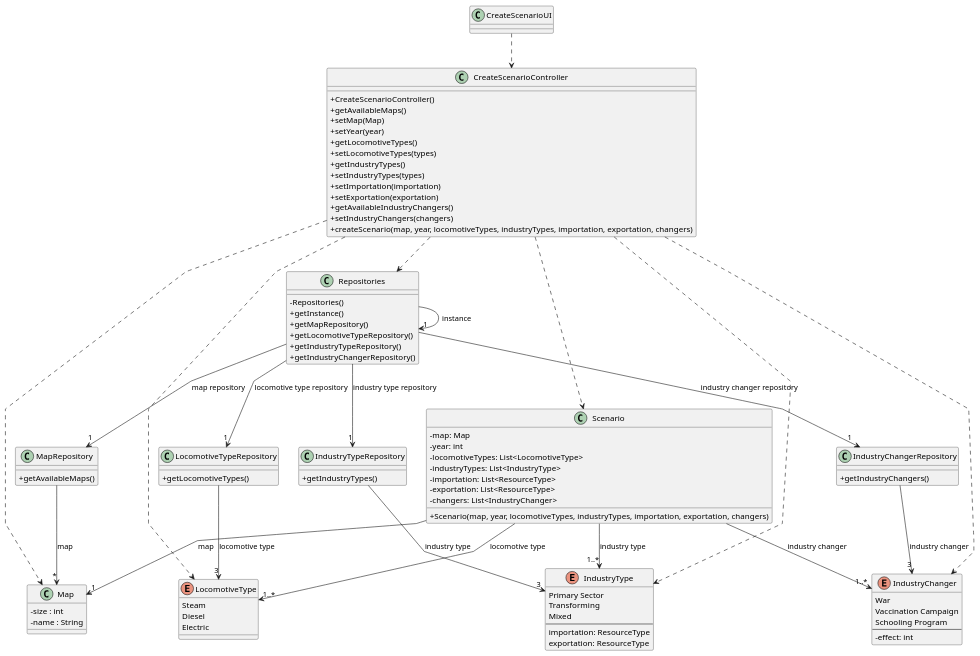
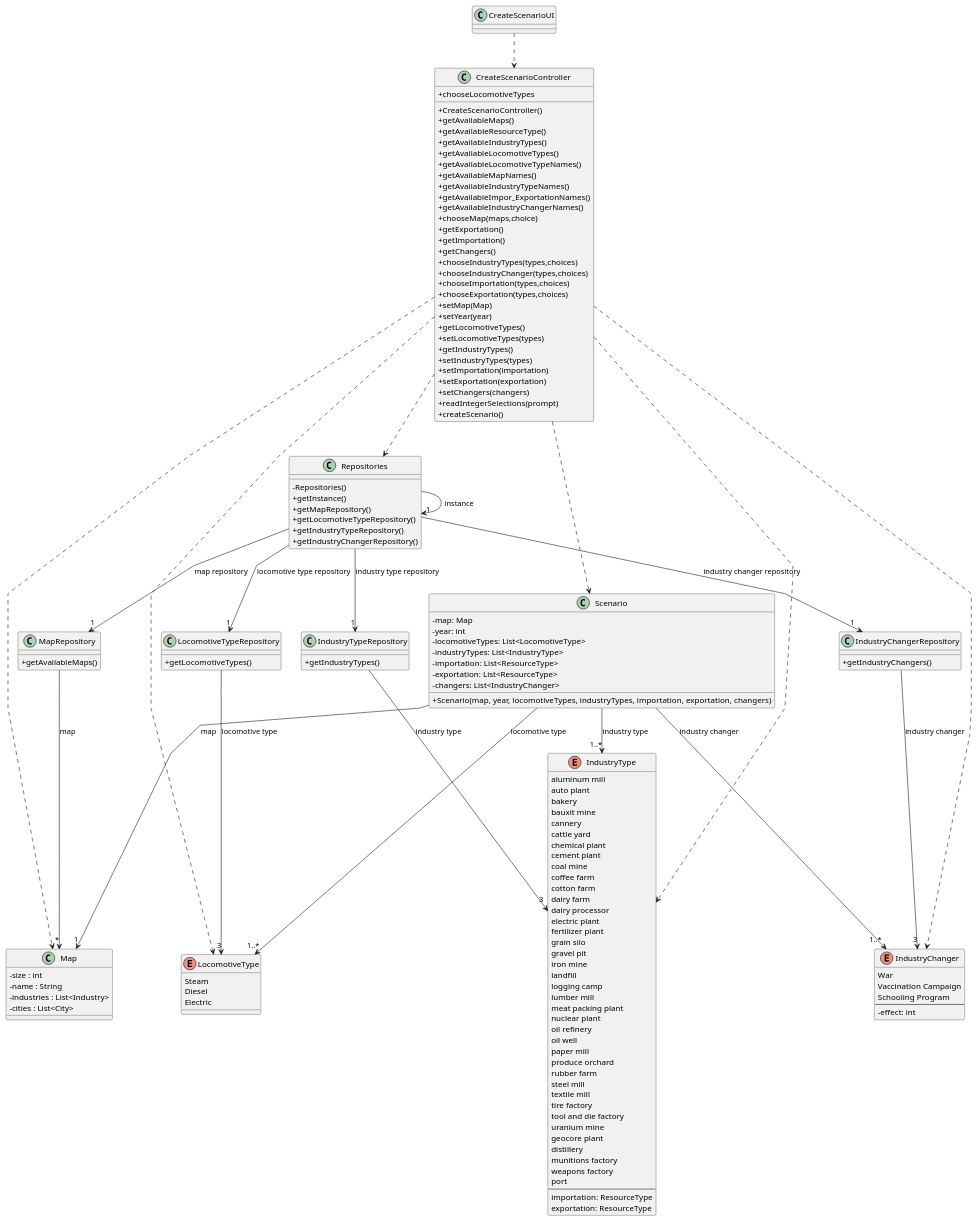
Before and after one commit to 1240935/pi2-railway-simulator: the diagram in Sprint2/US004/03.design/puml/US004-CD.puml, drawn with PlantUML. The commit also changed 14 other files, not shown here.

```diff
--- a/Sprint2/US004/03.design/puml/US004-CD.puml
+++ b/Sprint2/US004/03.design/puml/US004-CD.puml
@@ -1,124 +1,178 @@
     @startuml
     'skinparam monochrome true
     skinparam packageStyle rectangle
     skinparam shadowing false
     skinparam linetype polyline
     'skinparam linetype orto
 
     skinparam classAttributeIconSize 0
 
     'left to right direction
 
     class CreateScenarioUI{
     }
 
     class CreateScenarioController {
         +CreateScenarioController()
         +getAvailableMaps()
+        +getAvailableResourceType()
+        +getAvailableIndustryTypes()
+        +getAvailableLocomotiveTypes()
+        +getAvailableLocomotiveTypeNames()
+        +getAvailableMapNames()
+        +getAvailableIndustryTypeNames()
+        +getAvailableImpor_ExportationNames()
+        +getAvailableIndustryChangerNames()
+        +chooseMap(maps,choice)
+        +chooseLocomotiveTypes
+        +getExportation()
+        +getImportation()
+        +getChangers()
+        +chooseIndustryTypes(types,choices)
+        +chooseIndustryChanger(types,choices)
+        +chooseImportation(types,choices)
+        +chooseExportation(types,choices)
         +setMap(Map)
         +setYear(year)
         +getLocomotiveTypes()
         +setLocomotiveTypes(types)
         +getIndustryTypes()
         +setIndustryTypes(types)
         +setImportation(importation)
         +setExportation(exportation)
-        +getAvailableIndustryChangers()
-        +setIndustryChangers(changers)
-        +createScenario(map, year, locomotiveTypes, industryTypes, importation, exportation, changers)
+        +setChangers(changers)
+        +readIntegerSelections(prompt)
+        +createScenario()
 
     }
 
     class Repositories {
             -Repositories()
             +getInstance()
             +getMapRepository()
             +getLocomotiveTypeRepository()
             +getIndustryTypeRepository()
             +getIndustryChangerRepository()
     }
 
     class MapRepository {
             +getAvailableMaps()
         }
 
     class LocomotiveTypeRepository {
           +getLocomotiveTypes()
     }
 
     class IndustryTypeRepository {
           +getIndustryTypes()
     }
 
     class IndustryChangerRepository {
           +getIndustryChangers()
     }
 
      class Scenario {
        -map: Map
        -year: int
        -locomotiveTypes: List<LocomotiveType>
        -industryTypes: List<IndustryType>
        -importation: List<ResourceType>
        -exportation: List<ResourceType>
        -changers: List<IndustryChanger>
        +Scenario(map, year, locomotiveTypes, industryTypes, importation, exportation, changers)
      }
 
         class Map{
         - size : int
         - name : String
+        - industries : List<Industry>
+        - cities : List<City>
         }
 
         enum LocomotiveType{
             Steam
             Diesel
             Electric
         }
 
         enum IndustryType{
-            Primary Sector
-            Transforming
-            Mixed
+            aluminum mill
+                auto plant
+                bakery
+                bauxit mine
+                cannery
+                cattle yard
+                chemical plant
+                cement plant
+                coal mine
+                coffee farm
+                cotton farm
+                dairy farm
+                dairy processor
+                electric plant
+                fertilizer plant
+                grain silo
+                gravel pit
+                iron mine
+                landfill
+                logging camp
+                lumber mill
+                meat packing plant
+                nuclear plant
+                oil refinery
+                oil well
+                paper mill
+                produce orchard
+                rubber farm
+                steel mill
+                textile mill
+                tire factory
+                tool and die factory
+                uranium mine
+                geocore plant
+                distillery
+                munitions factory
+                weapons factory
+                port
             --
             importation: ResourceType
             exportation: ResourceType
         }
      
         enum IndustryChanger{
             War
             Vaccination Campaign
             Schooling Program
             --
             -effect: int
         }
 
 
     CreateScenarioUI ..> CreateScenarioController
 
     CreateScenarioController ..> Scenario
     CreateScenarioController ..> Repositories
 
     Repositories -> "1" Repositories : instance
     Repositories --> "1" MapRepository: map repository
     Repositories --> "1" LocomotiveTypeRepository : locomotive type repository
     Repositories --> "1" IndustryTypeRepository : industry type repository
     Repositories --> "1" IndustryChangerRepository : industry changer repository
 
     MapRepository --> "*" Map : map
     LocomotiveTypeRepository --> "3" LocomotiveType : locomotive type
     IndustryTypeRepository --> "3" IndustryType : industry type
     IndustryChangerRepository --> "3" IndustryChanger : industry changer
 
     Scenario --> "1" Map : map
     Scenario --> "1..*" LocomotiveType: locomotive type
     Scenario --> "1..*" IndustryChanger : industry changer
     Scenario --> "1..*" IndustryType: industry type
 
     CreateScenarioController ..> Map
     CreateScenarioController ..> LocomotiveType
     CreateScenarioController ..> IndustryType
     CreateScenarioController ..> IndustryChanger
 
 
     @enduml
```
